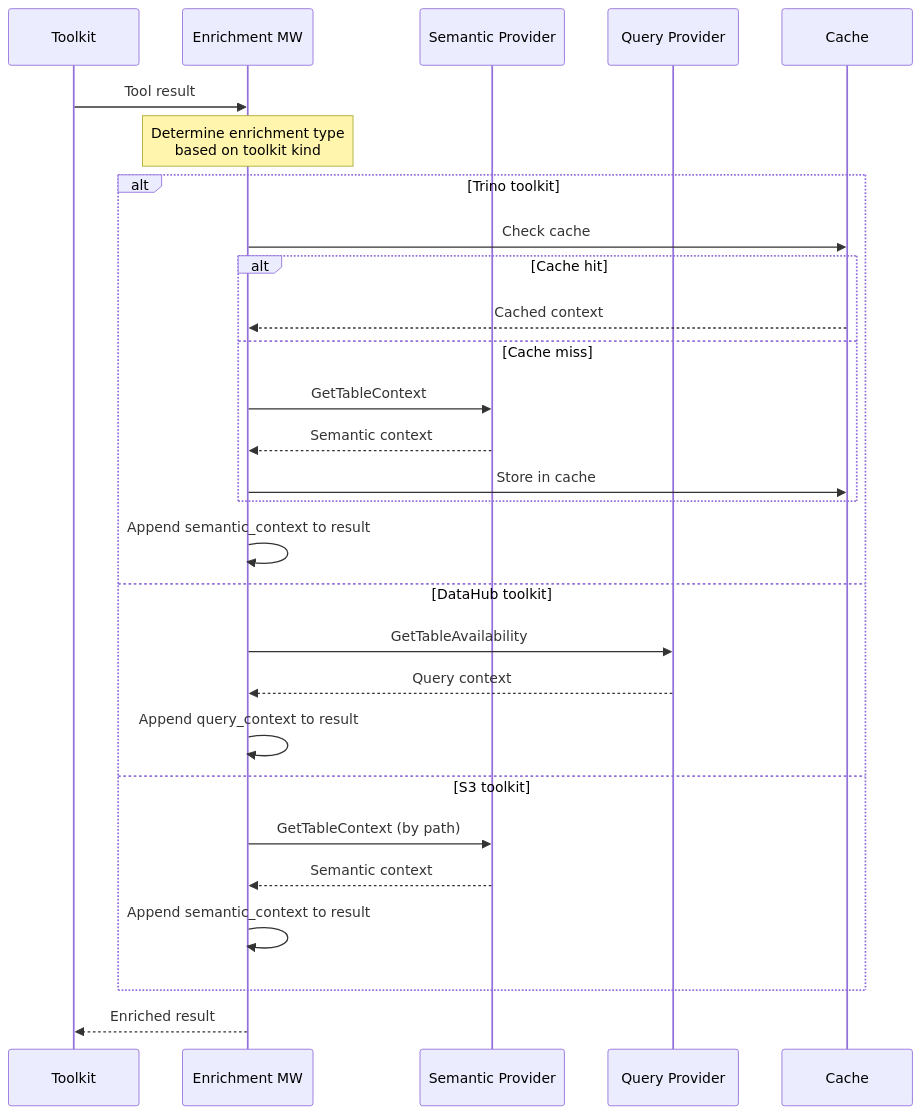
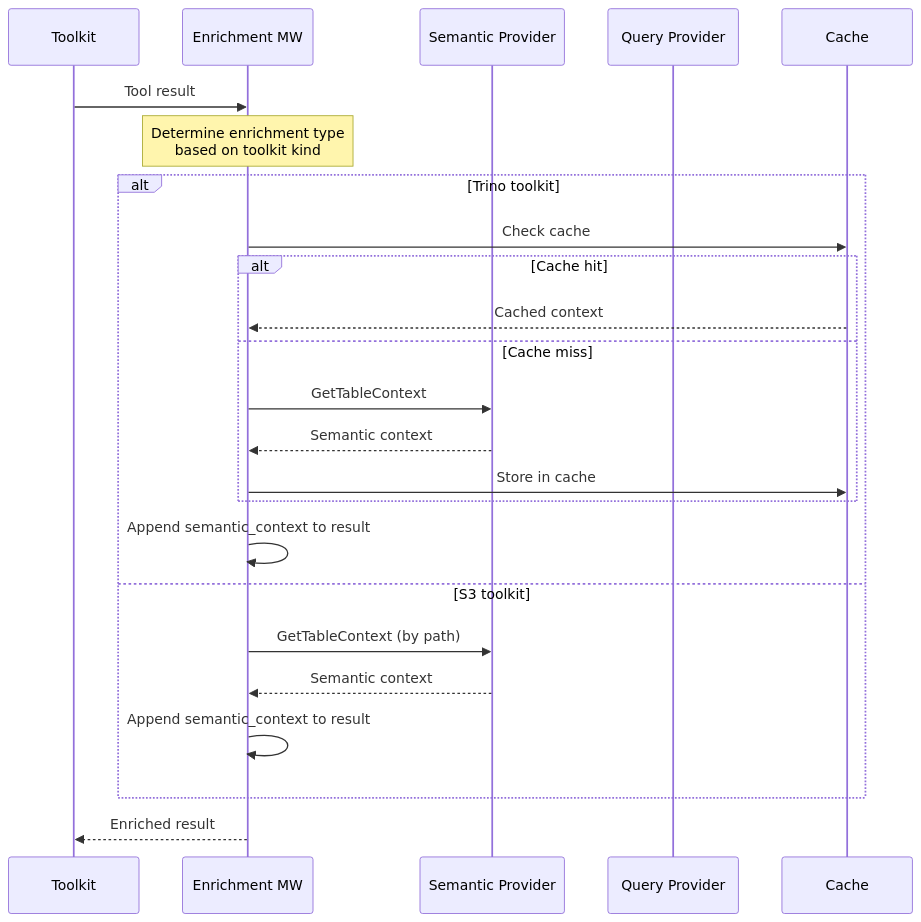
One commit to txn2/mcp-data-platform changed the fifth of 5 diagrams in docs/library/architecture.md. Above: the diagram before and after it, drawn with Mermaid. The commit also changed other lines of this file and 746 other files, not shown here.

First line of the commit message:
feat(catalog): portal catalog, search/fetch reads, DataHub removed (#1916) (#2123)

````diff
--- a/docs/library/architecture.md
+++ b/docs/library/architecture.md
@@ -752,34 +746,30 @@
 ```mermaid
 sequenceDiagram
     participant T as Toolkit
     participant E as Enrichment MW
     participant S as Semantic Provider
     participant Q as Query Provider
     participant C as Cache
 
     T->>E: Tool result
 
     Note over E: Determine enrichment type<br/>based on toolkit kind
 
     alt Trino toolkit
         E->>C: Check cache
         alt Cache hit
             C-->>E: Cached context
         else Cache miss
             E->>S: GetTableContext
             S-->>E: Semantic context
             E->>C: Store in cache
         end
         E->>E: Append semantic_context to result
-    else DataHub toolkit
-        E->>Q: GetTableAvailability
-        Q-->>E: Query context
-        E->>E: Append query_context to result
     else S3 toolkit
         E->>S: GetTableContext (by path)
         S-->>E: Semantic context
         E->>E: Append semantic_context to result
     end
 
     E-->>T: Enriched result
 ```
````
